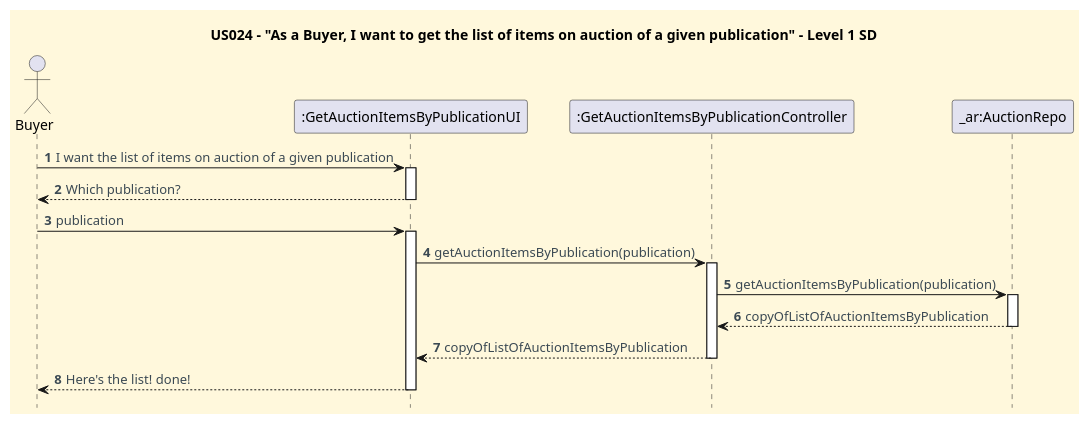
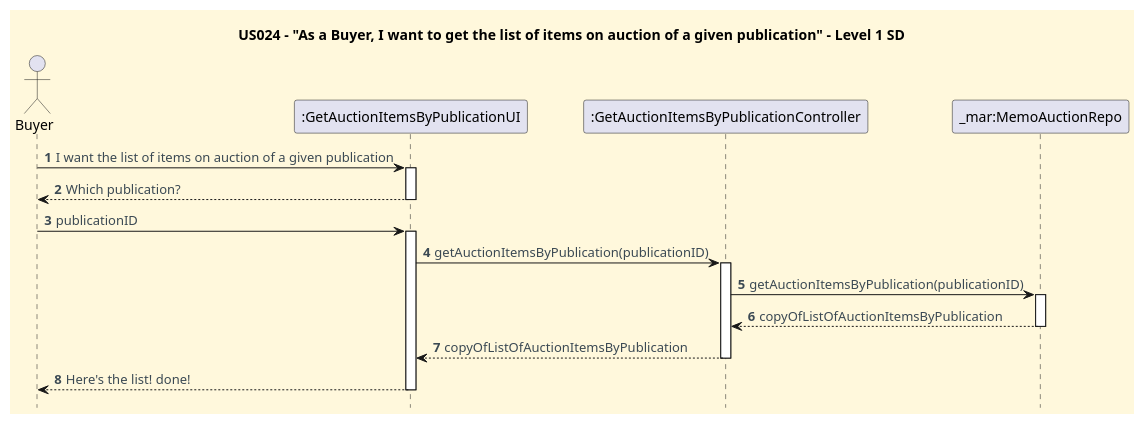
Before and after one commit to CarolinaLeite-collab/JavaMarketplacePlatform: the diagram in docs/userStories/US024/US024_get_list_of_items_on_auction_of_given_publication_SD.puml, drawn with PlantUML. The commit also changed 2 other files, not shown here.

```diff
--- a/docs/userStories/US024/US024_get_list_of_items_on_auction_of_given_publication_SD.puml
+++ b/docs/userStories/US024/US024_get_list_of_items_on_auction_of_given_publication_SD.puml
@@ -1,43 +1,43 @@
 @startuml
 title US024 - "As a Buyer, I want to get the list of items on auction of a given publication" - Level 1 SD
 hidefootbox
 
 skinparam shadowing false
 skinparam defaultFontName Futura
 skinparam objectFontSize 20
 skinparam backgroundColor CornSilk
 skinparam objectBackgroundColor WhiteSmoke
 skinparam ArrowFontColor #3B4953
 
 autonumber
 autoactivate off
 
 actor Buyer
 participant ":GetAuctionItemsByPublicationUI" as UI
 participant ":GetAuctionItemsByPublicationController" as CTL
-participant "_ar:AuctionRepo" as AR
+participant "_mar:MemoAuctionRepo" as mAR
 
 Buyer -> UI: I want the list of items on auction of a given publication
 activate UI
 UI --> Buyer: Which publication?
 deactivate UI
-Buyer -> UI: publication
+Buyer -> UI: publicationID
 activate UI
 
 
-UI -> CTL: getAuctionItemsByPublication(publication)
+UI -> CTL: getAuctionItemsByPublication(publicationID)
 activate CTL
 
-CTL -> AR: getAuctionItemsByPublication(publication)
-activate AR
+CTL -> mAR: getAuctionItemsByPublication(publicationID)
+activate mAR
 
-AR --> CTL: copyOfListOfAuctionItemsByPublication
-deactivate AR
+mAR --> CTL: copyOfListOfAuctionItemsByPublication
+deactivate mAR
 
 CTL --> UI: copyOfListOfAuctionItemsByPublication
 deactivate CTL
 
 UI --> Buyer: Here's the list! done!
 deactivate UI
 
 @enduml
```
